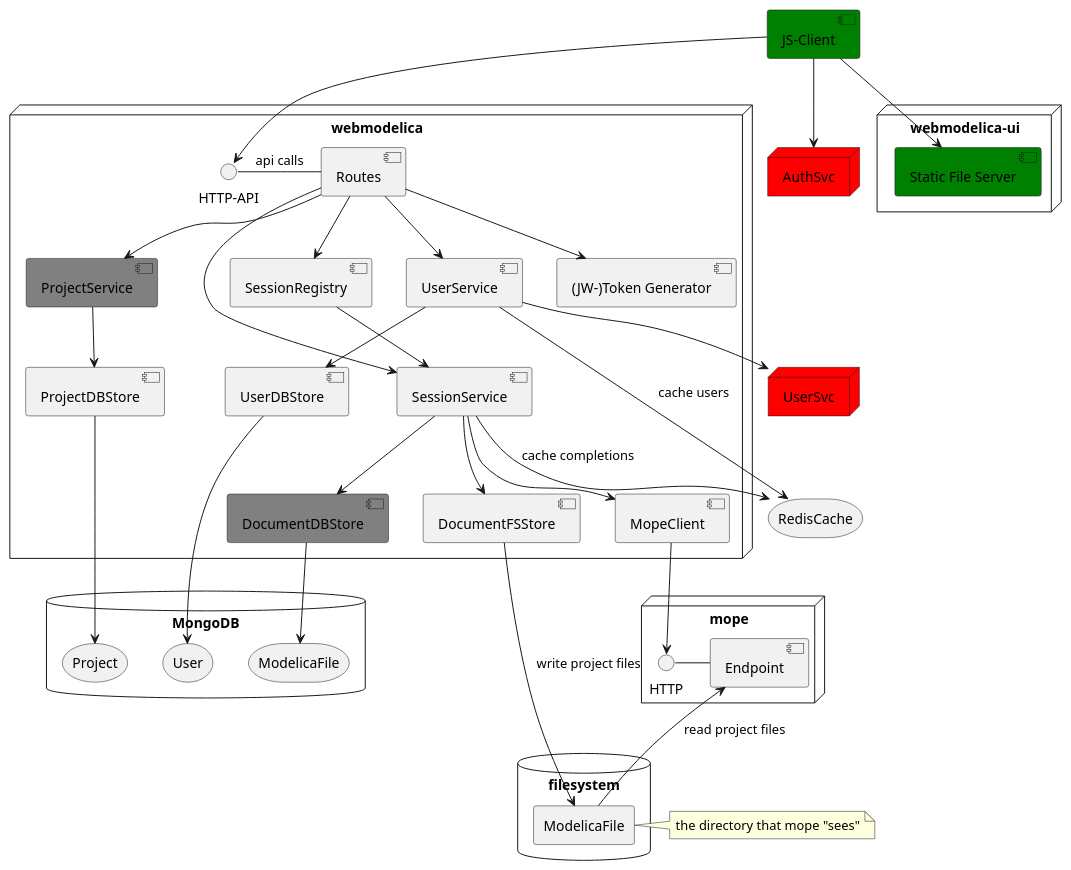
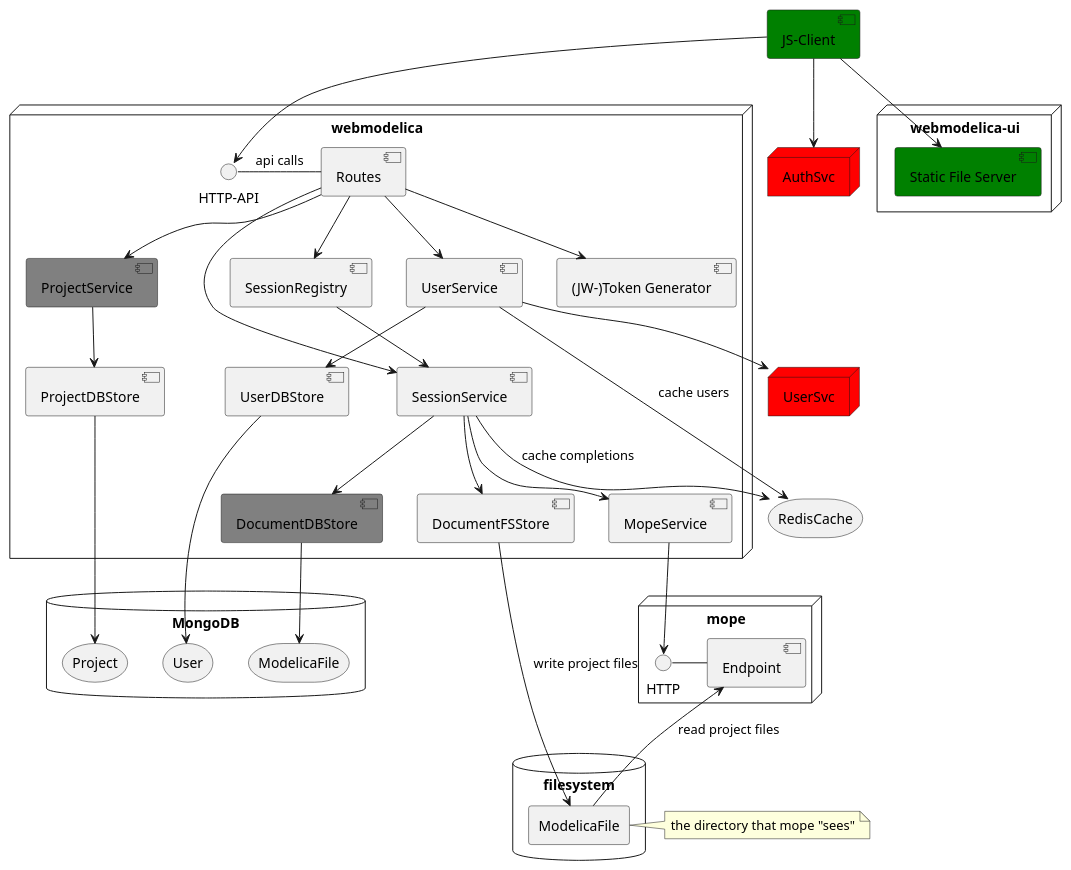
One commit to THM-MoTE/webmodelica changed the diagram in doc/images/components.puml. Above: the diagram before and after it, drawn with PlantUML. The commit also changed 3 other files, not shown here.

Commit message:
update diagrams

```diff
--- a/doc/images/components.puml
+++ b/doc/images/components.puml
@@ -1,65 +1,65 @@
 @startuml
 
 [JS-Client] #Green
 
 node UserSvc #red
 node AuthSvc #red
 
 node "webmodelica-ui" {
   [Static File Server] #Green
   [JS-Client] --> [Static File Server]
 }
 
 node "webmodelica" {
   () "HTTP-API" as wm_http
   [JS-Client] --> wm_http
   [JS-Client] --> AuthSvc
   [ProjectService] #Grey
   [UserService] --> UserSvc
   [DocumentDBStore] #Grey
   wm_http - [Routes] : "api calls"
 
   [Routes] --> [SessionService]
   [Routes] --> [SessionRegistry]
   [Routes] --> [ProjectService]
   [Routes] --> [UserService]
   [Routes] --> [(JW-)Token Generator]
 
   [ProjectService] --> [ProjectDBStore]
   [UserService] --> [UserDBStore]
 
   [SessionRegistry] --> [SessionService]
 
   [SessionService] --> [DocumentFSStore]
   [SessionService] --> [DocumentDBStore]
-  [SessionService] --> [MopeClient]
+  [SessionService] --> [MopeService]
 }
 
 node "mope" {
   () "HTTP" as mope_http
-  [MopeClient] --> mope_http
+  [MopeService] --> mope_http
   mope_http - [Endpoint]
 }
 
 storage RedisCache
 
 database MongoDB {
   storage User
   storage Project
   storage ModelicaFile as doc_file
 }
 
 database "filesystem" {
   rectangle ModelicaFile as fs_file
 }
 note left of fs_file : the directory that mope "sees"
 
 [ProjectDBStore] --> Project
 [UserDBStore] --> User
 [UserService] --> RedisCache : cache users
 [SessionService] --> RedisCache : cache completions
 [DocumentDBStore] --> doc_file
 [DocumentFSStore] --> fs_file : write project files
 
 [Endpoint] <-- fs_file : read project files
 @enduml
```
